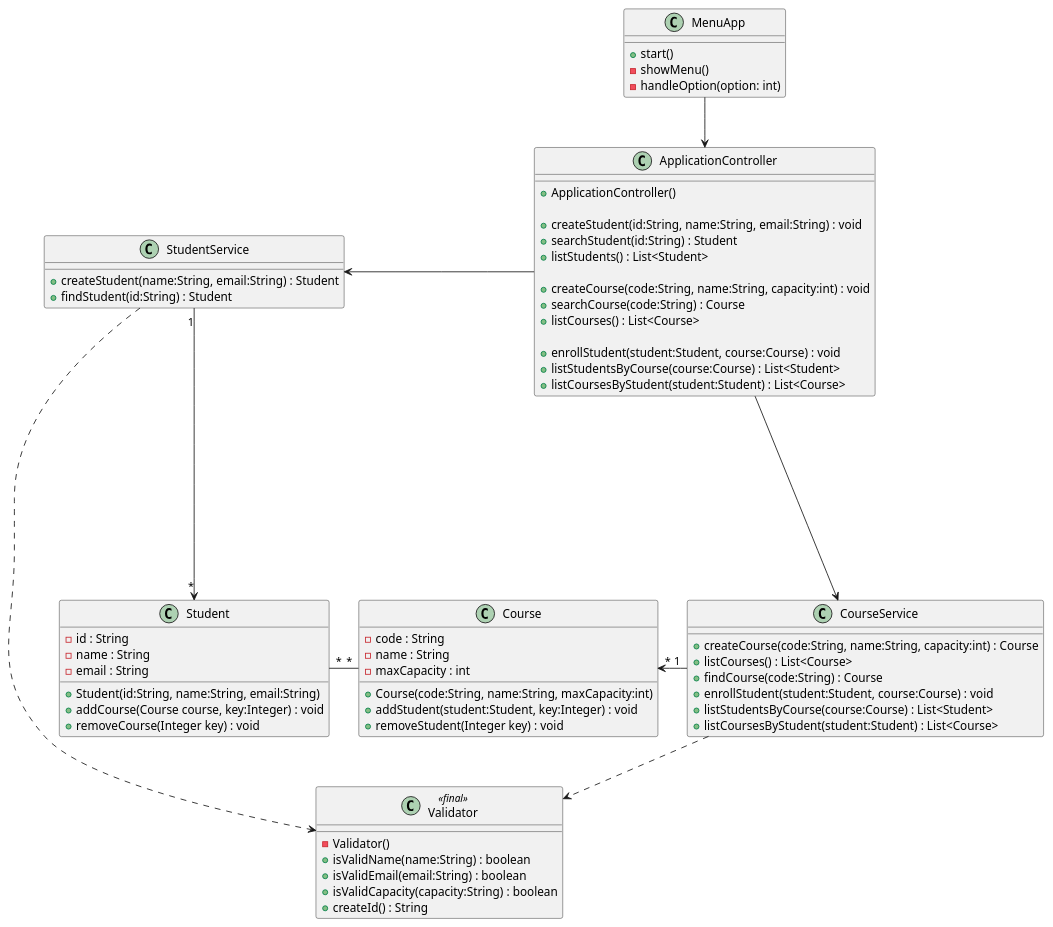
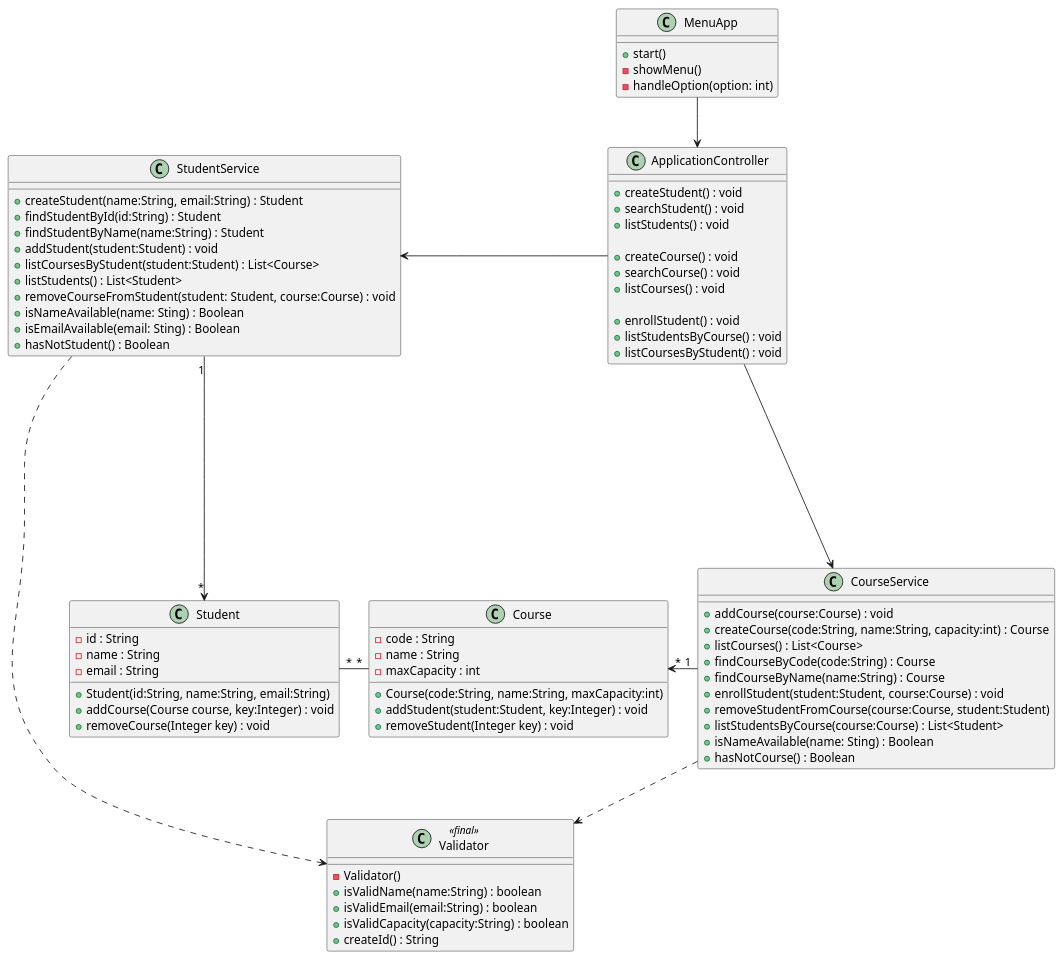
Before and after one commit to Roman27-gg/PoyectoFinal_Modulo3: the diagram in uml.plantuml, drawn with PlantUML. The commit also changed 7 other files, not shown here.

```diff
--- a/uml.plantuml
+++ b/uml.plantuml
@@ -1,74 +1,84 @@
 @startuml UML
 class Course {
   - code : String
   - name : String
   - maxCapacity : int
   + Course(code:String, name:String, maxCapacity:int)
   + addStudent(student:Student, key:Integer) : void
   + removeStudent(Integer key) : void
 }
 
 class Student {
   - id : String
   - name : String
   - email : String
   + Student(id:String, name:String, email:String)
   + addCourse(Course course, key:Integer) : void
   + removeCourse(Integer key) : void
 }
 
 class CourseService {
+  + addCourse(course:Course) : void
   + createCourse(code:String, name:String, capacity:int) : Course
   + listCourses() : List<Course>
-  + findCourse(code:String) : Course
+  + findCourseByCode(code:String) : Course
+  + findCourseByName(name:String) : Course
   + enrollStudent(student:Student, course:Course) : void
+  + removeStudentFromCourse(course:Course, student:Student)
   + listStudentsByCourse(course:Course) : List<Student>
-  + listCoursesByStudent(student:Student) : List<Course>
+  + isNameAvailable(name: Sting) : Boolean
+  + hasNotCourse() : Boolean
 }
 
 class StudentService {
   + createStudent(name:String, email:String) : Student
-  + findStudent(id:String) : Student
+  + findStudentById(id:String) : Student
+  + findStudentByName(name:String) : Student
+  + addStudent(student:Student) : void
+  + listCoursesByStudent(student:Student) : List<Course>
+  + listStudents() : List<Student>
+  + removeCourseFromStudent(student: Student, course:Course) : void
+  + isNameAvailable(name: Sting) : Boolean
+  + isEmailAvailable(email: Sting) : Boolean
+  + hasNotStudent() : Boolean
 }
 
 class Validator <<final>> {
   - Validator()
   + isValidName(name:String) : boolean
   + isValidEmail(email:String) : boolean
   + isValidCapacity(capacity:String) : boolean
   + createId() : String
 }
 
 class ApplicationController {
-  + ApplicationController()
+  + createStudent() : void
+  + searchStudent() : void
+  + listStudents() : void
 
-  + createStudent(id:String, name:String, email:String) : void
-  + searchStudent(id:String) : Student
-  + listStudents() : List<Student>
+  + createCourse() : void
+  + searchCourse() : void
+  + listCourses() : void
 
-  + createCourse(code:String, name:String, capacity:int) : void
-  + searchCourse(code:String) : Course
-  + listCourses() : List<Course>
-
-  + enrollStudent(student:Student, course:Course) : void
-  + listStudentsByCourse(course:Course) : List<Student>
-  + listCoursesByStudent(student:Student) : List<Course>
+  + enrollStudent() : void
+  + listStudentsByCourse() : void
+  + listCoursesByStudent() : void
 }
 
 class MenuApp {
     +start()
     -showMenu()
     -handleOption(option: int)
 }
 
 
 
 Course "*" --left-- "*" Student
 CourseService "1" --left--> "*" Course
 StudentService "1" --down---> "*" Student
 ApplicationController -left-> StudentService
 ApplicationController -down-> CourseService
 MenuApp --> ApplicationController
 CourseService ..> Validator
 StudentService ..> Validator
 @enduml
```
